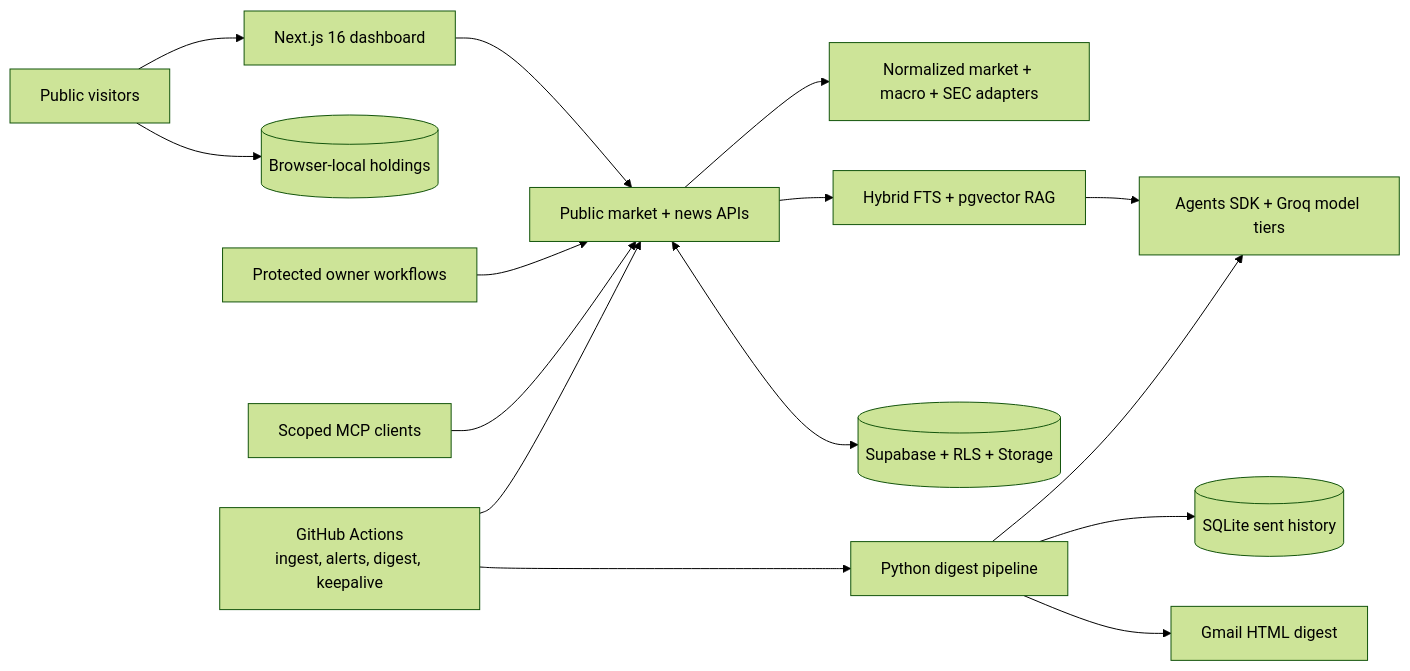
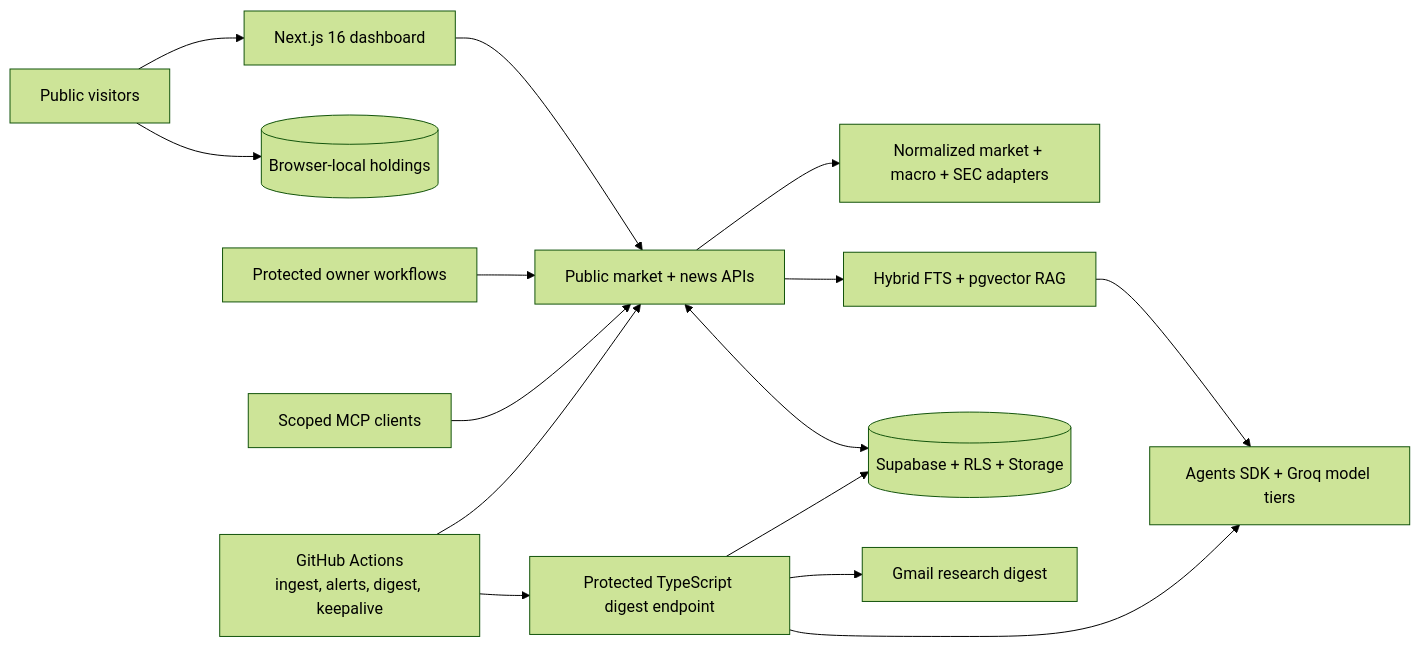
One commit to AaditHire/FinPulse changed the diagram in README.md. Above: the diagram before and after it, drawn with Mermaid (forest theme). The commit also changed other lines of this file and 1 other file, not shown here.

Commit message:
Update digest status copy

````diff
--- a/README.md
+++ b/README.md
@@ -22,17 +22,17 @@
 ```mermaid
 flowchart LR
     V[Public visitors] --> W[Next.js 16 dashboard]
     V --> B[(Browser-local holdings)]
     W --> N[Public market + news APIs]
     O[Protected owner workflows] --> N
     N --> C[Normalized market + macro + SEC adapters]
     N --> R[Hybrid FTS + pgvector RAG]
     R --> G[Agents SDK + Groq model tiers]
     N <--> S[(Supabase + RLS + Storage)]
     X[Scoped MCP clients] --> N
     A[GitHub Actions<br/>ingest, alerts, digest, keepalive] --> N
-    A --> P[Python digest pipeline]
-    P --> G
-    P --> H[(SQLite sent history)]
-    P --> M[Gmail HTML digest]
+    A --> D[Protected TypeScript digest endpoint]
+    D --> G
+    D --> S
+    D --> M[Gmail research digest]
 ```
````
